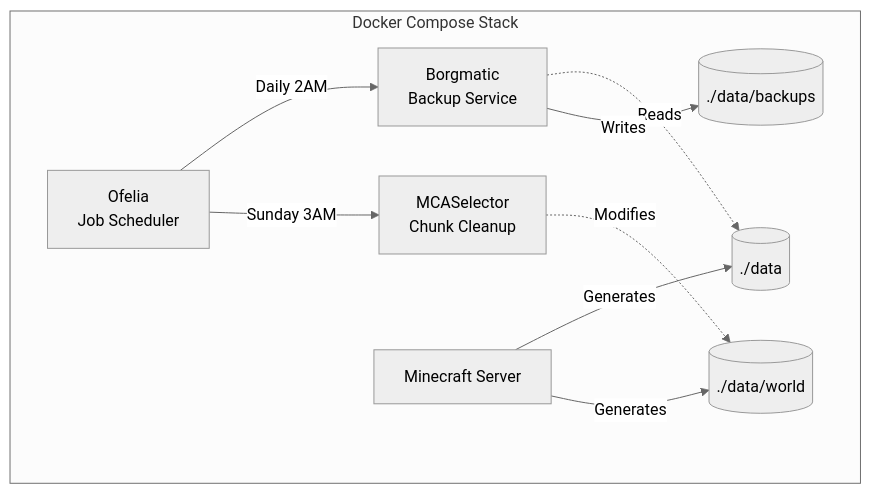
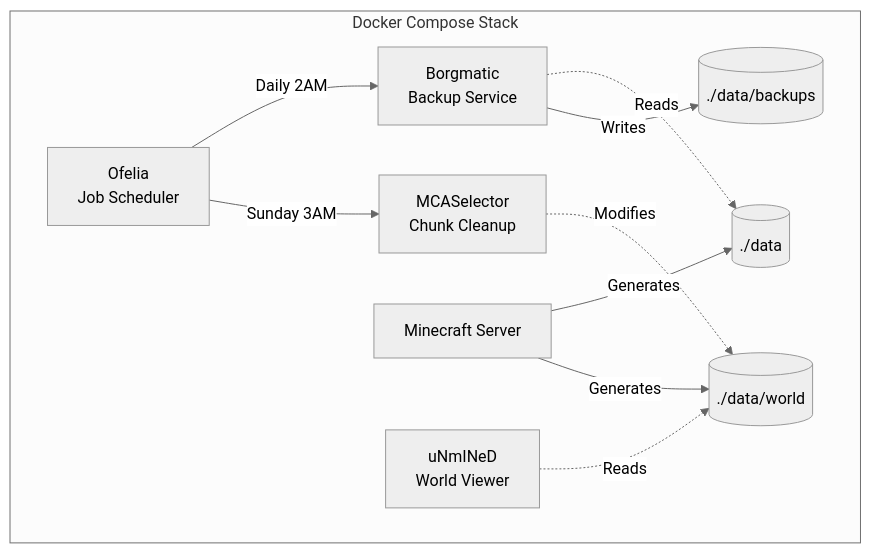
One commit to AbbyNode/minecraft-modpack-docker changed the diagram in docs/ARCHITECTURE.md. Above: the diagram before and after it, drawn with Mermaid (neutral theme). The commit also changed other lines of this file and 4 other files, not shown here.

Commit message:
Add unmined service for Minecraft world viewing and mapping

````diff
--- a/docs/ARCHITECTURE.md
+++ b/docs/ARCHITECTURE.md
@@ -5,19 +5,21 @@
 ```mermaid
 graph TB
     subgraph "Docker Compose Stack"
         Ofelia[Ofelia<br/>Job Scheduler]
         Borgmatic[Borgmatic<br/>Backup Service]
         MCASelector[MCASelector<br/>Chunk Cleanup]
         Minecraft[Minecraft Server]
+        Unmined[uNmINeD<br/>World Viewer]
         
         Ofelia -->|Daily 2AM| Borgmatic
         Ofelia -->|Sunday 3AM| MCASelector
         
         Borgmatic -.->|Reads| Data[(./data)]
         MCASelector -.->|Modifies| World[(./data/world)]
         Minecraft -->|Generates| Data
         Minecraft -->|Generates| World
+        Unmined -.->|Reads| World
         
         Borgmatic -->|Writes| Backups[(./data/backups)]
     end
 ```
````
